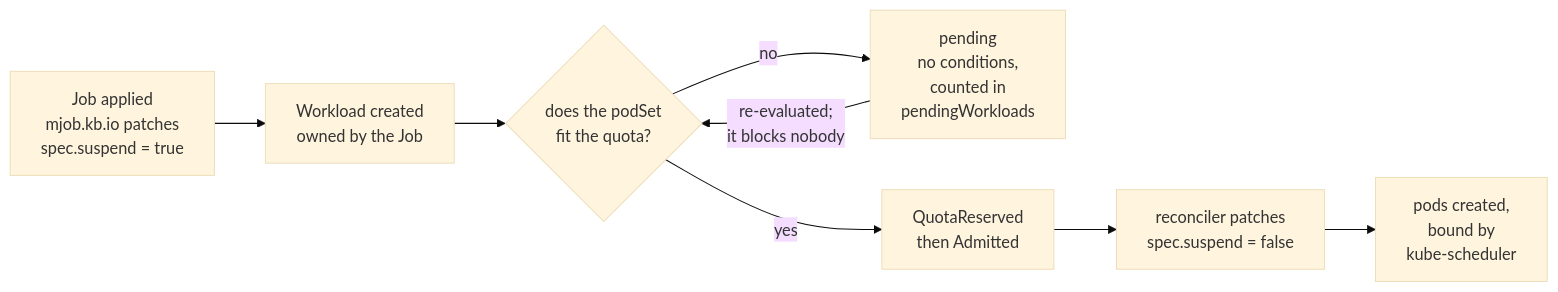
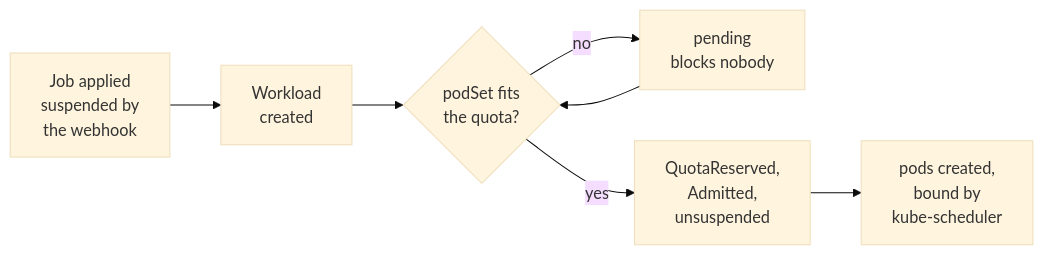
Before and after one commit to AI-Riksarkivet/htrflow-batch: the second of 3 diagrams in docs/slides/htrflow-batch-under-the-hood.md, drawn with Mermaid (base theme). The commit also changed other lines of this file and 6 other files, not shown here.

````diff
--- a/docs/slides/htrflow-batch-under-the-hood.md
+++ b/docs/slides/htrflow-batch-under-the-hood.md
@@ -248,14 +257,13 @@
-```mermaid w:1100
+```mermaid w:1124
 flowchart LR
-  A["Job applied<br/>mjob.kb.io patches<br/>spec.suspend = true"]
-  B["Workload created<br/>owned by the Job"]
-  C{"does the podSet<br/>fit the quota?"}
-  P["pending<br/>no conditions,<br/>counted in<br/>pendingWorkloads"]
-  D["QuotaReserved<br/>then Admitted"]
-  E["reconciler patches<br/>spec.suspend = false"]
+  A["Job applied<br/>suspended by<br/>the webhook"]
+  B["Workload<br/>created"]
+  C{"podSet fits<br/>the quota?"}
+  P["pending<br/>blocks nobody"]
+  D["QuotaReserved,<br/>Admitted,<br/>unsuspended"]
   F["pods created,<br/>bound by<br/>kube-scheduler"]
   A --> B --> C
-  C -->|"yes"| D --> E --> F
+  C -->|"yes"| D --> F
   C -->|"no"| P
-  P -->|"re-evaluated;<br/>it blocks nobody"| C
+  P --> C
 ```
````
